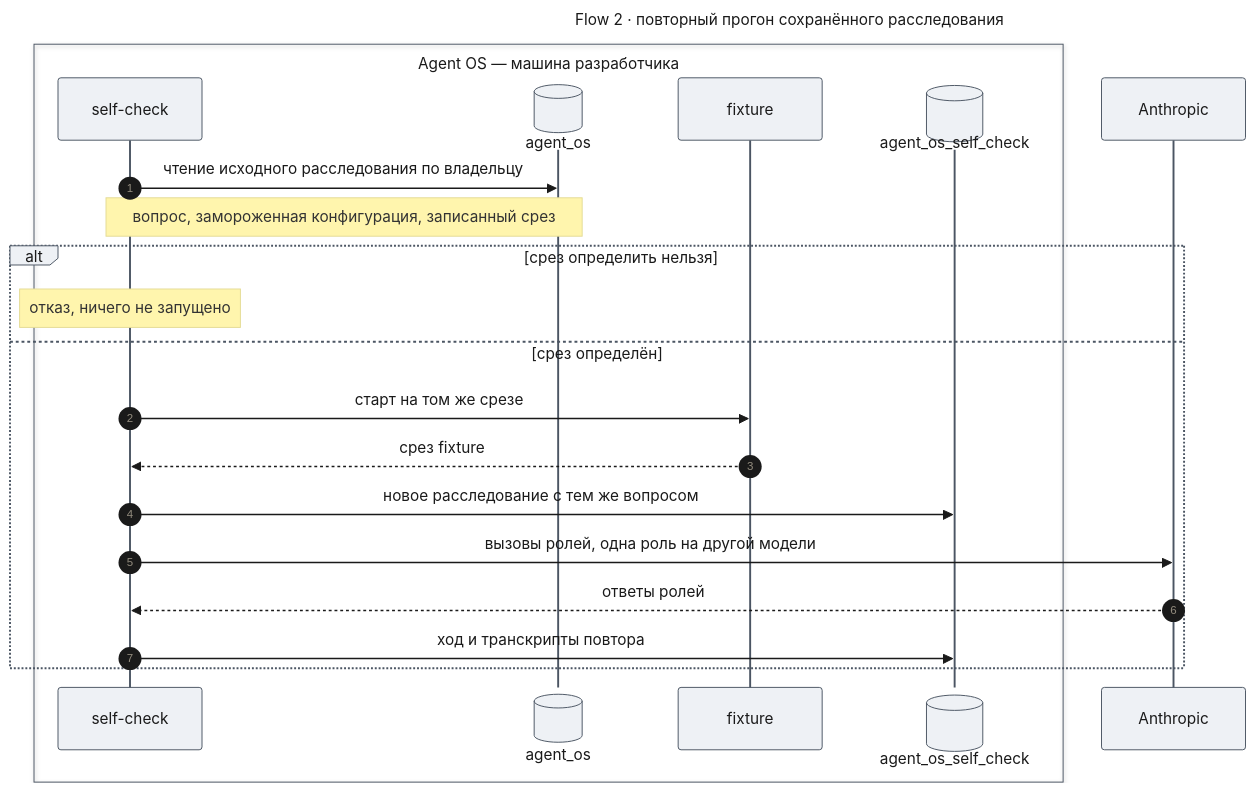
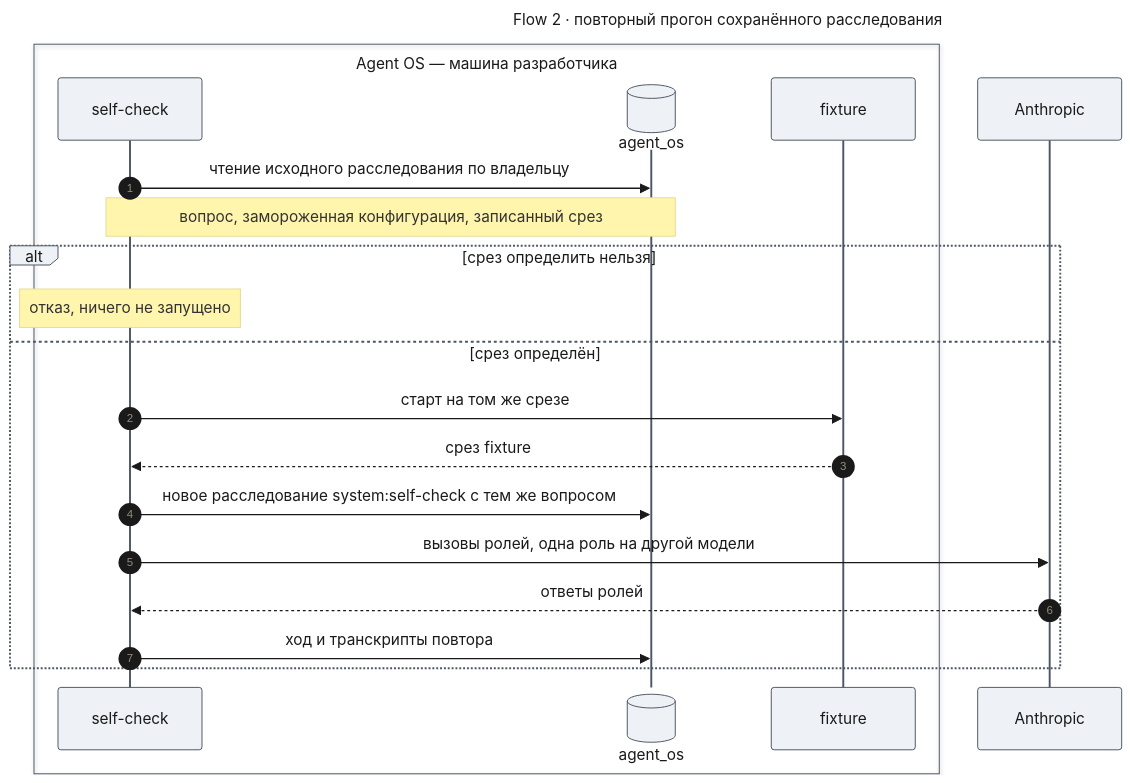
Before and after one commit to tundraray/agent-os: the tenth of 13 diagrams in docs/features/agent-quality/design-self-check.md, drawn with Mermaid. The commit also changed other lines of this file and 7 other files, not shown here.

````diff
--- a/docs/features/agent-quality/design-self-check.md
+++ b/docs/features/agent-quality/design-self-check.md
@@ -746,44 +743,43 @@
 ```mermaid
 ---
 title: "Flow 2 · повторный прогон сохранённого расследования"
 config:
   theme: base
   look: classic
   themeVariables:
     primaryColor: "#eef1f5"
     primaryBorderColor: "#4b5563"
     primaryTextColor: "#1a1a1a"
     lineColor: "#6b7280"
   themeCSS: |
     @keyframes lit_f2{0%,12.86%{stroke:#991b1b;stroke-width:6px}14.29%,100%{stroke:#37474f;stroke-width:2px}}
     @keyframes litr_f2{0%,12.86%{stroke:#1d4ed8;stroke-width:6px}14.29%,100%{stroke:#37474f;stroke-width:2px}}
     .messageLine0[data-id='i1'],.messageLine1[data-id='i1']{animation:litr_f2 8.4s linear 0s infinite}
     .messageLine0[data-id='i6'],.messageLine1[data-id='i6']{animation:litr_f2 8.4s linear 1.2s infinite}
     .messageLine0[data-id='i7'],.messageLine1[data-id='i7']{animation:litr_f2 8.4s linear 2.4s infinite}
     .messageLine0[data-id='i8'],.messageLine1[data-id='i8']{animation:lit_f2 8.4s linear 3.6s infinite}
     .messageLine0[data-id='i9'],.messageLine1[data-id='i9']{animation:litr_f2 8.4s linear 4.8s infinite}
     .messageLine0[data-id='i10'],.messageLine1[data-id='i10']{animation:litr_f2 8.4s linear 6s infinite}
     .messageLine0[data-id='i11'],.messageLine1[data-id='i11']{animation:lit_f2 8.4s linear 7.2s infinite}
 ---
 sequenceDiagram
     autonumber
     box Agent OS — машина разработчика
         participant SC as self-check
         participant M@{ "type": "database" } as agent_os
         participant FX as fixture
-        participant DB@{ "type": "database" } as agent_os_self_check
     end
     participant A as Anthropic
     SC->>M: чтение исходного расследования по владельцу
     Note over SC,M: вопрос, замороженная конфигурация, записанный срез
     alt срез определить нельзя
         Note over SC: отказ, ничего не запущено
     else срез определён
         SC->>FX: старт на том же срезе
         FX-->>SC: срез fixture
-        SC->>DB: новое расследование с тем же вопросом
+        SC->>M: новое расследование system:self-check с тем же вопросом
         SC->>A: вызовы ролей, одна роль на другой модели
         A-->>SC: ответы ролей
-        SC->>DB: ход и транскрипты повтора
+        SC->>M: ход и транскрипты повтора
     end
 ```
````
